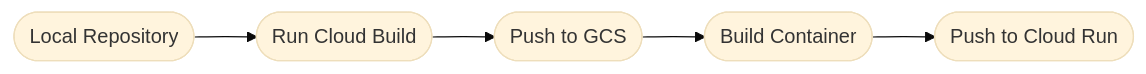
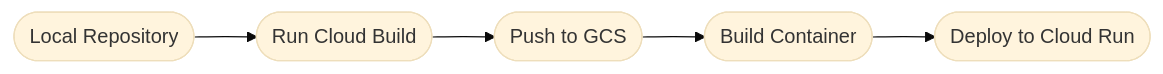
Before and after one commit to EcoSenseID/EcoSense-Webapp: the diagram in README.md, drawn with Mermaid (base theme). The commit also changed other lines of this file, not shown here.

````diff
--- a/README.md
+++ b/README.md
@@ -44,7 +46,7 @@
 ```mermaid
 graph LR;
     A([Local Repository])-->B([Run Cloud Build]);
     B([Run Cloud Build])-->C([Push to GCS]);
     C([Push to GCS])-->D([Build Container]);
-    D([Build Container])-->E([Push to Cloud Run]);
+    D([Build Container])-->E([Deploy to Cloud Run]);
 ```
````
